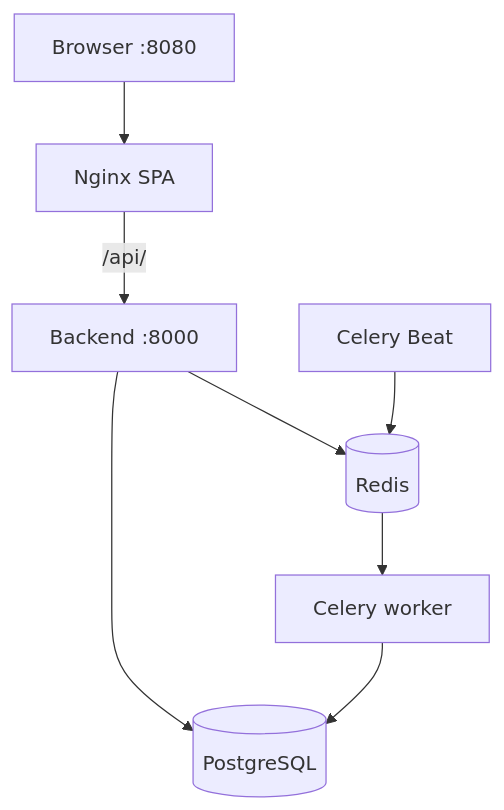
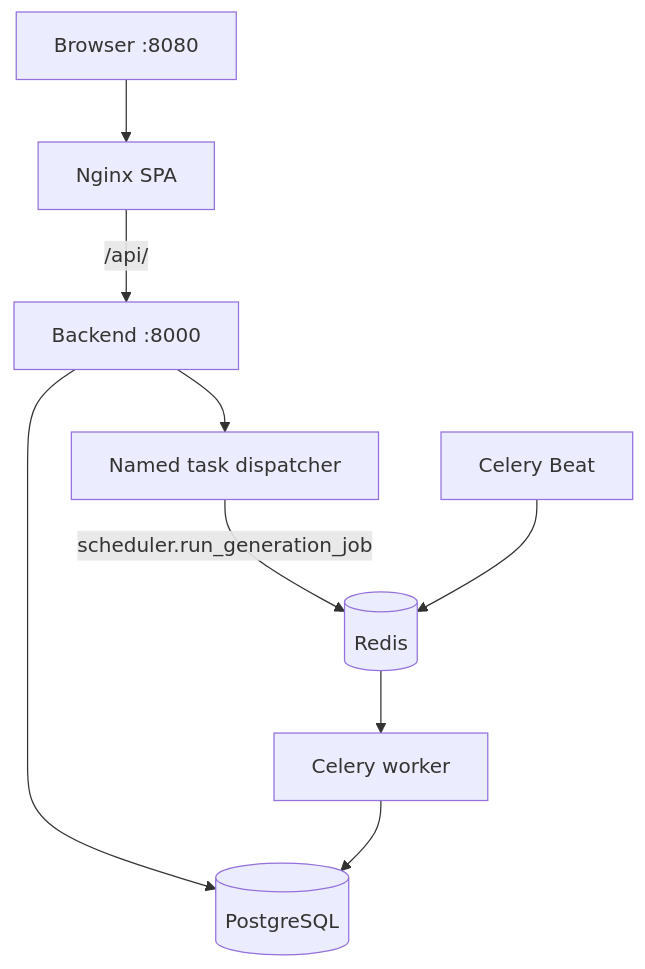
Before and after one commit to ORIOP25/Cronos: the diagram in documentation/09_ops_observability/LOCAL_RUNTIME.md, drawn with Mermaid. The commit also changed other lines of this file and 7 other files, not shown here.

````diff
--- a/documentation/09_ops_observability/LOCAL_RUNTIME.md
+++ b/documentation/09_ops_observability/LOCAL_RUNTIME.md
@@ -41,10 +42,11 @@
 ```mermaid
 flowchart TD
     Browser[Browser :8080] --> Nginx[Nginx SPA]
     Nginx -->|/api/| API[Backend :8000]
     API --> DB[(PostgreSQL)]
-    API --> Redis[(Redis)]
+    API --> Dispatcher[Named task dispatcher]
+    Dispatcher -->|scheduler.run_generation_job| Redis[(Redis)]
     Redis --> Worker[Celery worker]
     Beat[Celery Beat] --> Redis
     Worker --> DB
 ```
````
